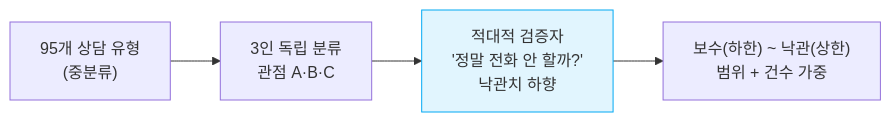
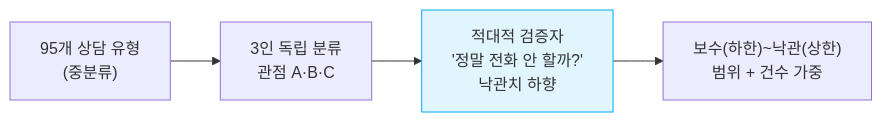
Before and after one commit to layr8x/Wiki: the second of 6 diagrams in analysis/myclass-chatbot/마이클래스챗봇_6월상담_심층분석_컨플루언스.md, drawn with Mermaid. The commit also changed other lines of this file, not shown here.

````diff
--- a/analysis/myclass-chatbot/마이클래스챗봇_6월상담_심층분석_컨플루언스.md
+++ b/analysis/myclass-chatbot/마이클래스챗봇_6월상담_심층분석_컨플루언스.md
@@ -92,8 +91,8 @@
 ```mermaid
 graph LR
     A["95개 상담 유형<br>(중분류)"] --> B["3인 독립 분류<br>관점 A·B·C"]
     B --> C["적대적 검증자<br>'정말 전화 안 할까?'<br>낙관치 하향"]
-    C --> D["보수(하한) ~ 낙관(상한)<br>범위 + 건수 가중"]
+    C --> D["보수(하한)~낙관(상한)<br>범위 + 건수 가중"]
     classDef hl fill:#e1f5fe,stroke:#03a9f4;
     class C hl;
 ```
````
